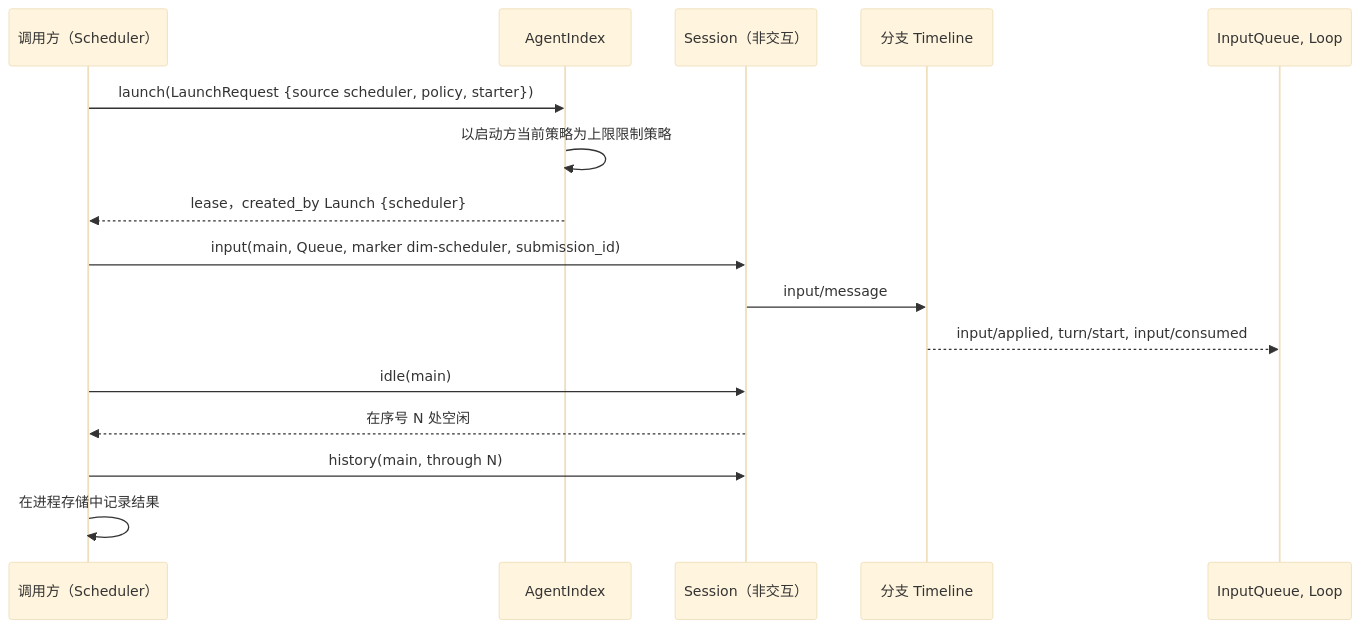
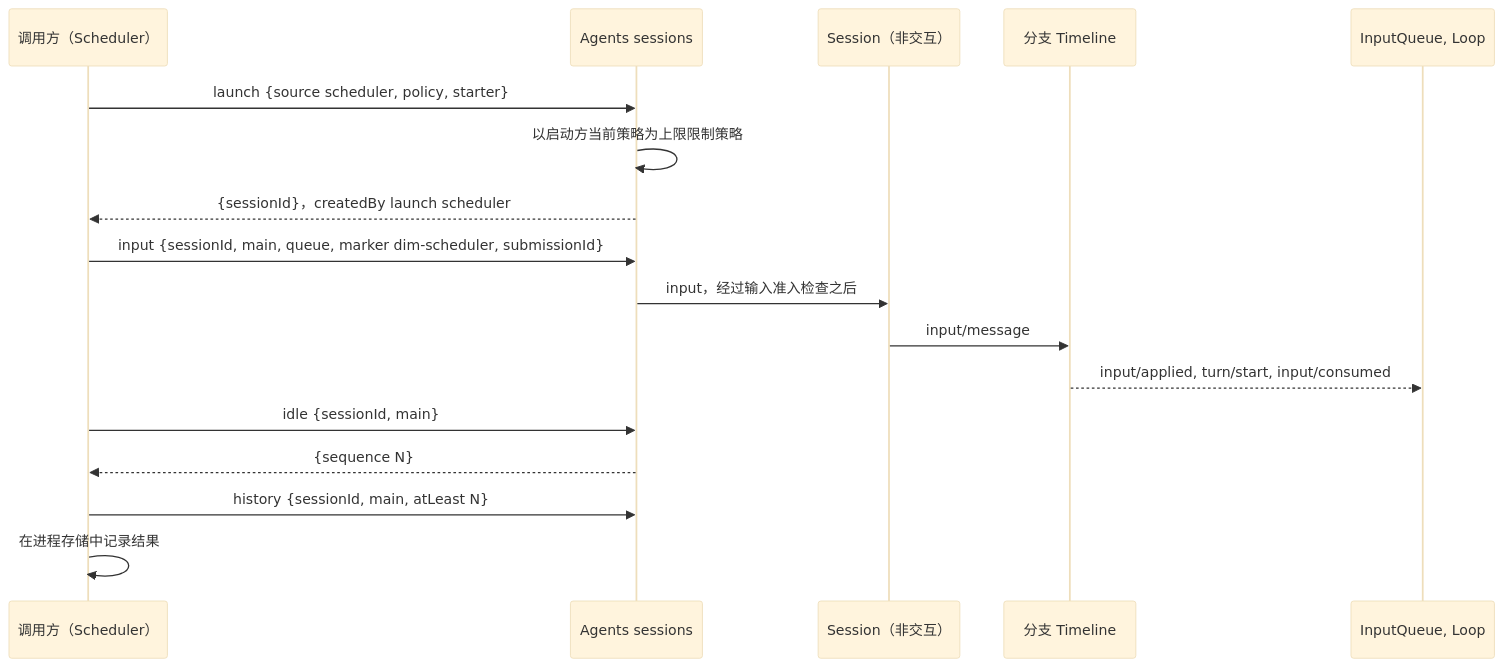
One commit to CoutinhoTTS/dim-agent changed the second of 3 diagrams in docs/zh/design/contracts/session-access.md. Above: the diagram before and after it, drawn with Mermaid (base theme). The commit also changed other lines of this file and 18 other files, not shown here.

````diff
--- a/docs/zh/design/contracts/session-access.md
+++ b/docs/zh/design/contracts/session-access.md
@@ -76,18 +77,19 @@
 ```mermaid
 sequenceDiagram
   participant C as 调用方（Scheduler）
-  participant AI as AgentIndex
+  participant AI as Agents sessions
   participant S as Session（非交互）
   participant TL as 分支 Timeline
   participant L as InputQueue, Loop
-  C->>AI: launch(LaunchRequest {source scheduler, policy, starter})
+  C->>AI: launch {source scheduler, policy, starter}
   AI->>AI: 以启动方当前策略为上限限制策略
-  AI-->>C: lease，created_by Launch {scheduler}
-  C->>S: input(main, Queue, marker dim-scheduler, submission_id)
+  AI-->>C: {sessionId}，createdBy launch scheduler
+  C->>AI: input {sessionId, main, queue, marker dim-scheduler, submissionId}
+  AI->>S: input，经过输入准入检查之后
   S->>TL: input/message
   TL-->>L: input/applied, turn/start, input/consumed
-  C->>S: idle(main)
-  S-->>C: 在序号 N 处空闲
-  C->>S: history(main, through N)
+  C->>AI: idle {sessionId, main}
+  AI-->>C: {sequence N}
+  C->>AI: history {sessionId, main, atLeast N}
   C->>C: 在进程存储中记录结果
 ```
````
